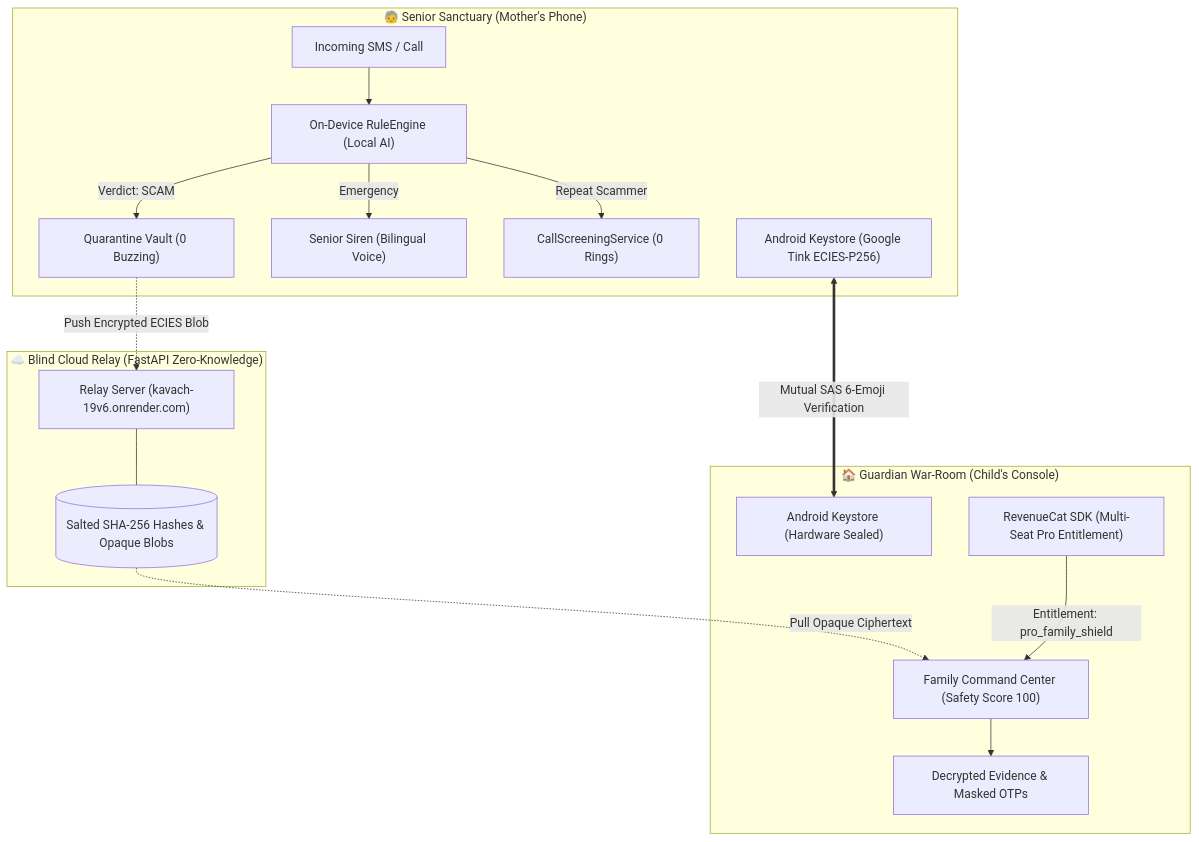
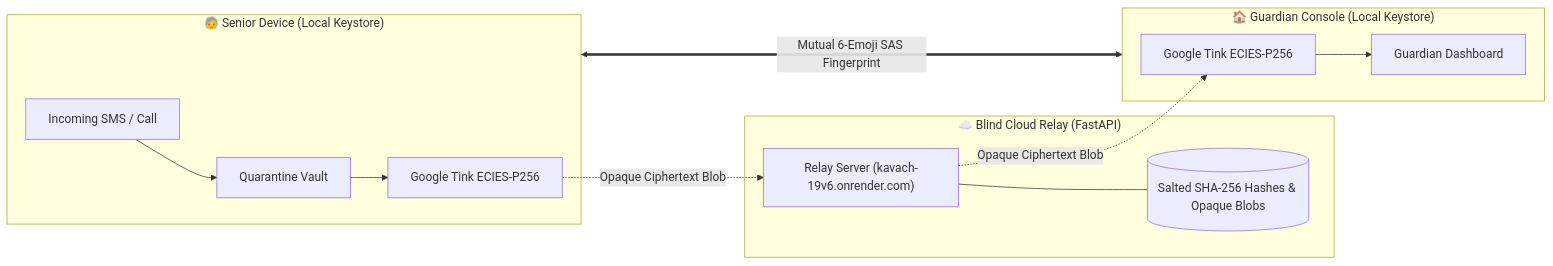
One commit to krishivjoshi219-collab/Kavach changed the second of 2 diagrams in README.md. Above: the diagram before and after it, drawn with Mermaid. The commit also changed other lines of this file and 25 other files, not shown here.

````diff
--- a/README.md
+++ b/README.md
@@ -126,29 +207,26 @@
 ```mermaid
-graph TD
-    subgraph SeniorDevice ["🧓 Senior Sanctuary (Mother's Phone)"]
-        SMS["Incoming SMS / Call"] --> RuleEngine["On-Device RuleEngine (Local AI)"]
-        RuleEngine -->|"Verdict: SCAM"| SilentQ["Quarantine Vault (0 Buzzing)"]
-        RuleEngine -->|"Emergency"| Siren["Senior Siren (Bilingual Voice)"]
-        RuleEngine -->|"Repeat Scammer"| PreRing["CallScreeningService (0 Rings)"]
-        TinkSenior["Android Keystore (Google Tink ECIES-P256)"]
+graph LR
+    subgraph Senior ["🧓 Senior Device (Local Keystore)"]
+        SMS["Incoming SMS / Call"]
+        TinkA["Google Tink ECIES-P256"]
+        Vault["Quarantine Vault"]
+        SMS --> Vault
+        Vault --> TinkA
     end
 
-    subgraph CloudRelay ["☁️ Blind Cloud Relay (FastAPI Zero-Knowledge)"]
+    subgraph Cloud ["☁️ Blind Cloud Relay (FastAPI)"]
         Relay["Relay Server (kavach-19v6.onrender.com)"]
-        CipherLedger[("Salted SHA-256 Hashes & Opaque Blobs")]
-        Relay --- CipherLedger
+        HashDB[("Salted SHA-256 Hashes & Opaque Blobs")]
+        Relay --- HashDB
     end
 
-    subgraph ManagerDevice ["🏠 Guardian War-Room (Child's Console)"]
-        WarRoom["Family Command Center (Safety Score 100)"]
-        TinkManager["Android Keystore (Hardware Sealed)"]
-        RC["RevenueCat SDK (Multi-Seat Pro Entitlement)"]
-        DecryptedAlerts["Decrypted Evidence & Masked OTPs"]
+    subgraph Guardian ["🏠 Guardian Console (Local Keystore)"]
+        TinkB["Google Tink ECIES-P256"]
+        Console["Guardian Dashboard"]
+        TinkB --> Console
     end
 
-    SilentQ -.->|"Push Encrypted ECIES Blob"| Relay
-    CipherLedger -.->|"Pull Opaque Ciphertext"| WarRoom
-    WarRoom --> DecryptedAlerts
-    TinkSenior <===>|"Mutual SAS 6-Emoji Verification"| TinkManager
-    RC -->|"Entitlement: pro_family_shield"| WarRoom
+    TinkA -.->|"Opaque Ciphertext Blob"| Relay
+    Relay -.->|"Opaque Ciphertext Blob"| TinkB
+    Senior <===>|"Mutual 6-Emoji SAS Fingerprint"| Guardian
 ```
````
